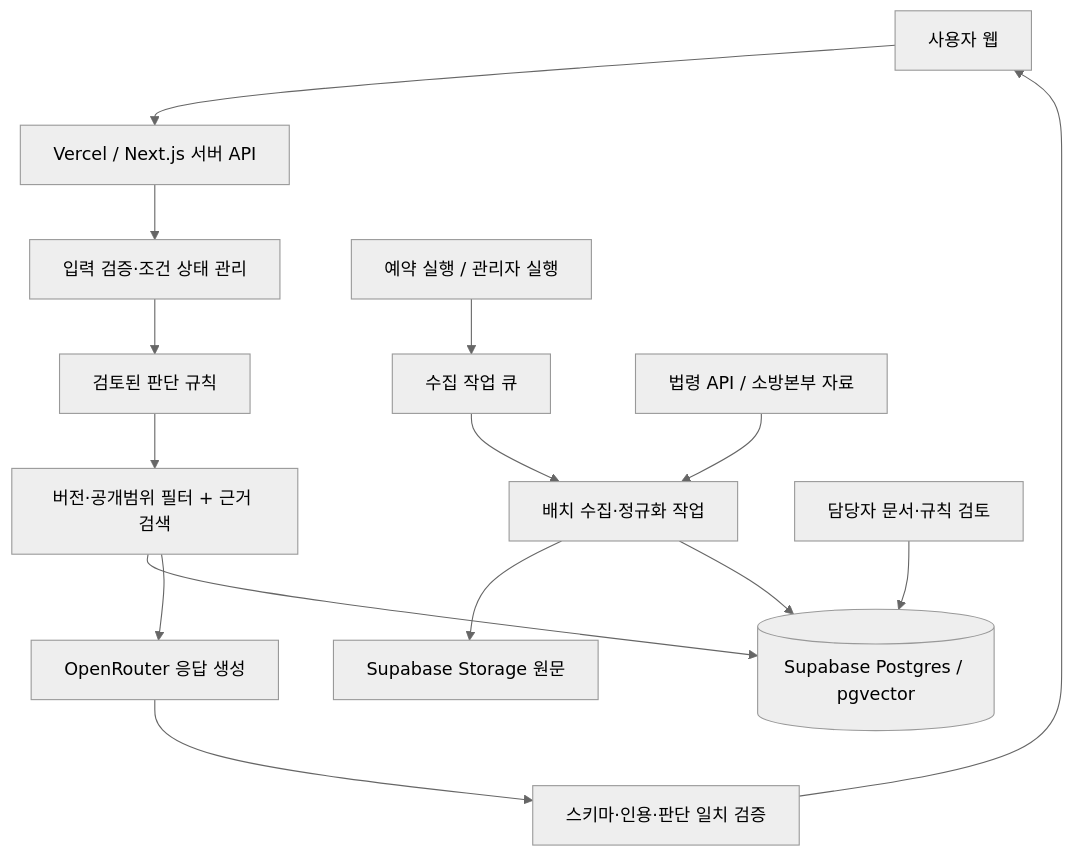
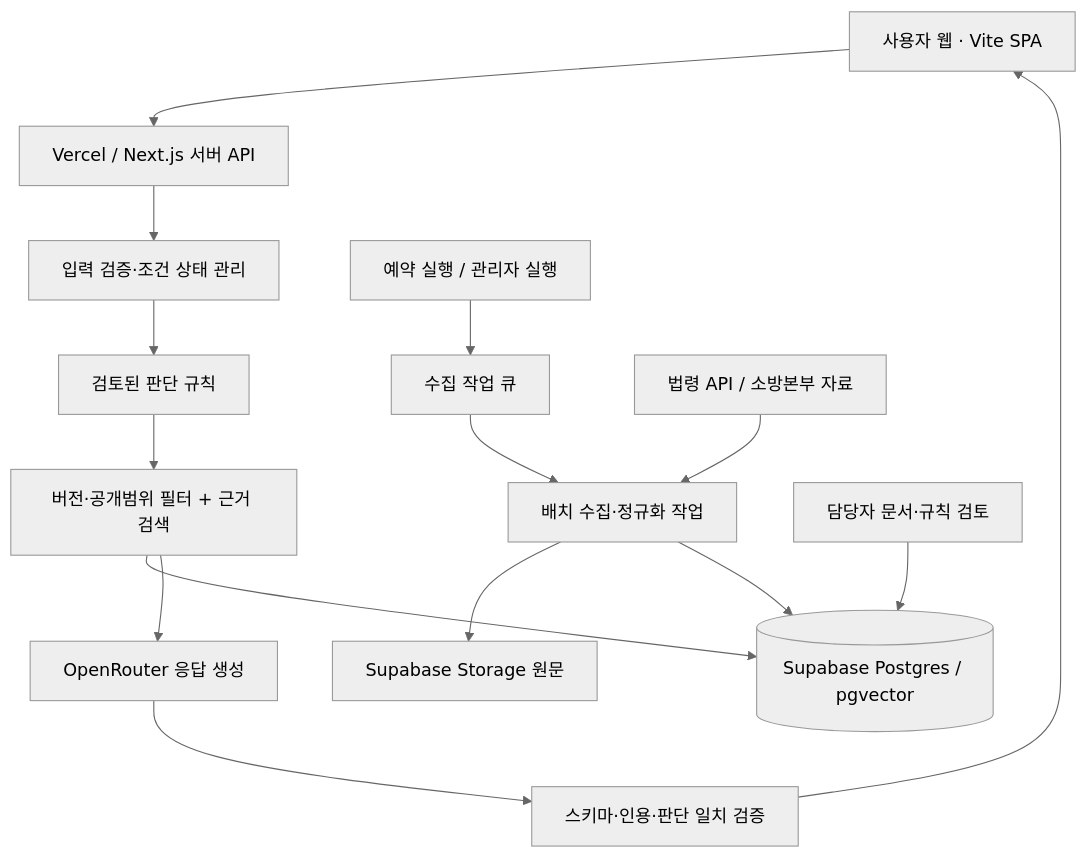
The diagram in 소방시설_법령_API_챗봇_프로그램_기획서.md (quirinal36/fire_chatbot), drawn with Mermaid (neutral theme) before and after one commit. The commit also changed other lines of this file and 1 other file, not shown here.

````diff
--- a/소방시설_법령_API_챗봇_프로그램_기획서.md
+++ b/소방시설_법령_API_챗봇_프로그램_기획서.md
@@ -46,17 +50,17 @@
 ```mermaid
 flowchart TD
-  U[사용자 웹] --> A[Vercel / Next.js 서버 API]
+  U[사용자 웹 · Vite SPA] --> A[Vercel / Next.js 서버 API]
   A --> F[입력 검증·조건 상태 관리]
   F --> R[검토된 판단 규칙]
   R --> S[버전·공개범위 필터 + 근거 검색]
   S --> DB[(Supabase Postgres / pgvector)]
   S --> O[OpenRouter 응답 생성]
   O --> V[스키마·인용·판단 일치 검증]
   V --> U
   C[예약 실행 / 관리자 실행] --> J[수집 작업 큐]
   J --> W[배치 수집·정규화 작업]
   L[법령 API / 소방본부 자료] --> W
   W --> ST[Supabase Storage 원문]
   W --> DB
   M[담당자 문서·규칙 검토] --> DB
 ```
````
